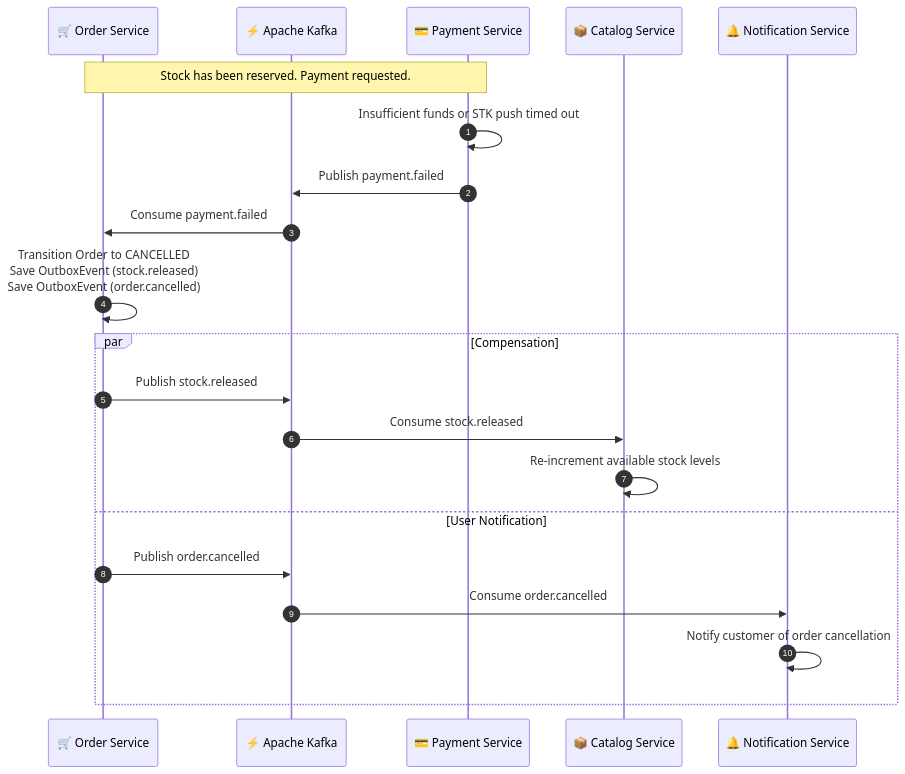
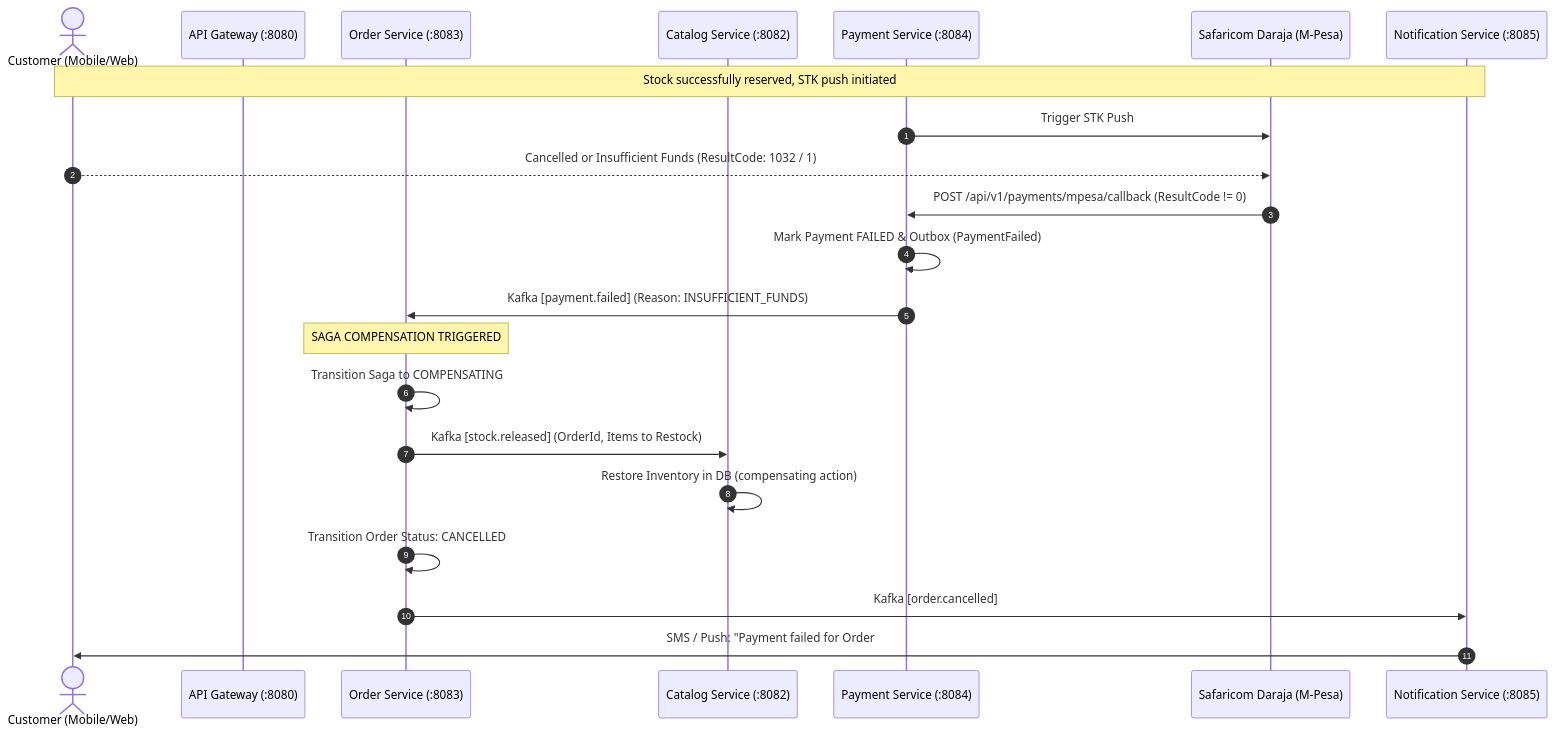
The third of 4 diagrams in README.md (crnjihia/storefront-services), drawn with Mermaid before and after one commit. The commit also changed other lines of this file and 11 other files, not shown here.

Commit message:
docs: add ADRs, architecture diagrams, OpenAPI 3.0 spec, and GitHub Pages interactive portal

````diff
--- a/README.md
+++ b/README.md
@@ -145,26 +186,26 @@
 ```mermaid
 sequenceDiagram
     autonumber
-    participant OrderSvc as 🛒 Order Service
-    participant Kafka as ⚡ Apache Kafka
-    participant PaymentSvc as 💳 Payment Service
-    participant CatalogSvc as 📦 Catalog Service
-    participant NotifSvc as 🔔 Notification Service
+    actor Customer as Customer (Mobile/Web)
+    participant Gateway as API Gateway (:8080)
+    participant Order as Order Service (:8083)
+    participant Catalog as Catalog Service (:8082)
+    participant Payment as Payment Service (:8084)
+    participant Mpesa as Safaricom Daraja (M-Pesa)
+    participant Notify as Notification Service (:8085)
 
-    Note over OrderSvc,PaymentSvc: Stock has been reserved. Payment requested.
-    PaymentSvc->>PaymentSvc: Insufficient funds or STK push timed out
-    PaymentSvc->>Kafka: Publish payment.failed
+    Note over Customer,Notify: Stock successfully reserved, STK push initiated
+    Payment->>Mpesa: Trigger STK Push
+    Customer-->>Mpesa: Cancelled or Insufficient Funds (ResultCode: 1032 / 1)
+    Mpesa->>Payment: POST /api/v1/payments/mpesa/callback (ResultCode != 0)
+    Payment->>Payment: Mark Payment FAILED & Outbox (PaymentFailed)
+    Payment->>Order: Kafka [payment.failed] (Reason: INSUFFICIENT_FUNDS)
 
-    Kafka->>OrderSvc: Consume payment.failed
-    OrderSvc->>OrderSvc: Transition Order to CANCELLED<br/>Save OutboxEvent (stock.released)<br/>Save OutboxEvent (order.cancelled)
-
-    par Compensation
-        OrderSvc->>Kafka: Publish stock.released
-        Kafka->>CatalogSvc: Consume stock.released
-        CatalogSvc->>CatalogSvc: Re-increment available stock levels
-    and User Notification
-        OrderSvc->>Kafka: Publish order.cancelled
-        Kafka->>NotifSvc: Consume order.cancelled
-        NotifSvc->>NotifSvc: Notify customer of order cancellation
-    end
+    Note over Order: SAGA COMPENSATION TRIGGERED
+    Order->>Order: Transition Saga to COMPENSATING
+    Order->>Catalog: Kafka [stock.released] (OrderId, Items to Restock)
+    Catalog->>Catalog: Restore Inventory in DB (compensating action)
+    Order->>Order: Transition Order Status: CANCELLED
+    Order->>Notify: Kafka [order.cancelled]
+    Notify->>Customer: SMS / Push: "Payment failed for Order #XYZ. Stock released."
 ```
````
